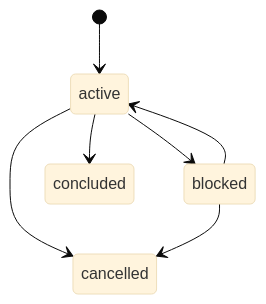
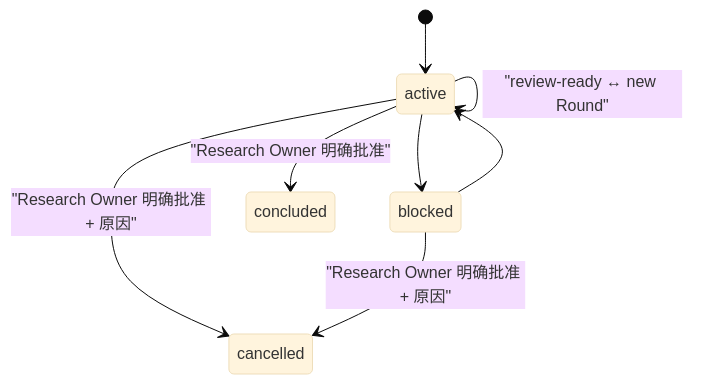
The second of 6 diagrams in references/templates.md (XiaoWeiKIN/RepoFoundryAI), drawn with Mermaid (base theme) before and after one commit. The commit also changed other lines of this file and 20 other files, not shown here.

Commit message:
feat: make engineering research iterative and owner-governed

````diff
--- a/references/templates.md
+++ b/references/templates.md
@@ -74,9 +74,10 @@
 ```mermaid
 stateDiagram-v2
     [*] --> active
     active --> blocked
     blocked --> active
-    active --> concluded
-    active --> cancelled
-    blocked --> cancelled
+    active --> active: "review-ready ↔ new Round"
+    active --> concluded: "Research Owner 明确批准"
+    active --> cancelled: "Research Owner 明确批准 + 原因"
+    blocked --> cancelled: "Research Owner 明确批准 + 原因"
 ```
````
